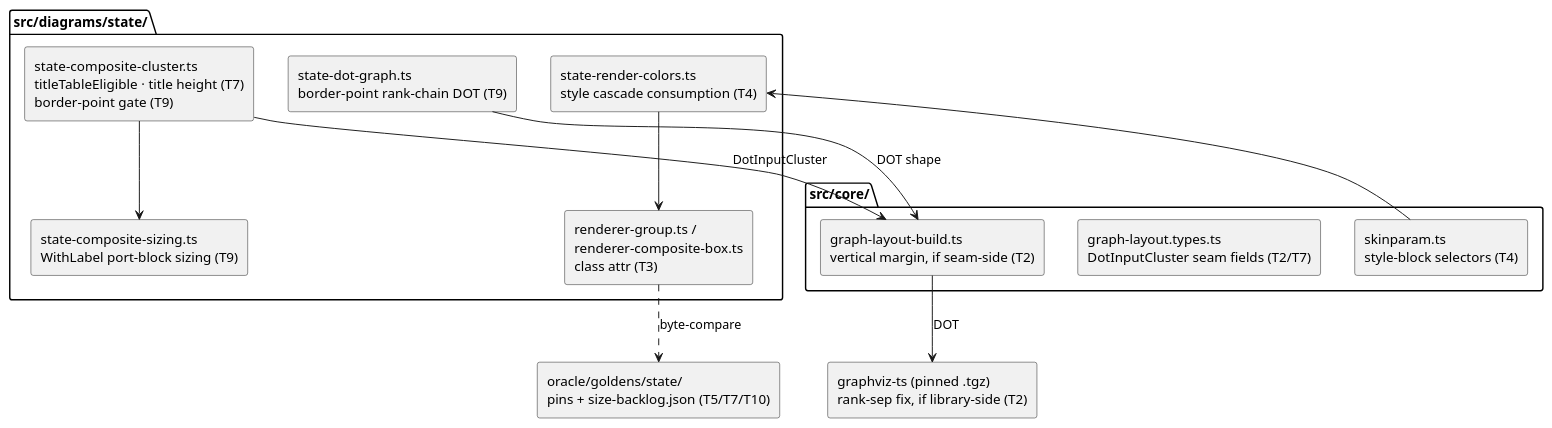
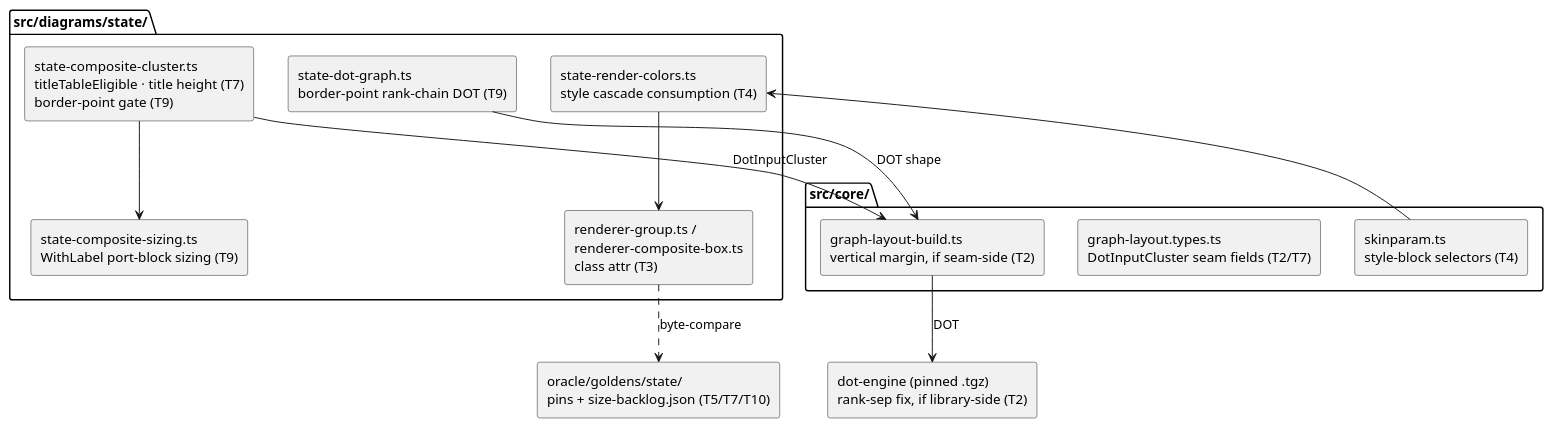
One commit to knowvah/plantuml-ts changed the diagram in plans/g6-cluster-geometry/diagrams/component-map.md. Above: the diagram before and after it, drawn with PlantUML. The commit also changed 111 other files, not shown here.

First line of the commit message:
docs: call the layout engine dot-engine throughout

````diff
--- a/plans/g6-cluster-geometry/diagrams/component-map.md
+++ b/plans/g6-cluster-geometry/diagrams/component-map.md
@@ -3,31 +3,31 @@
 ```plantuml
 @startuml
 skinparam componentStyle rectangle
 skinparam shadowing false
 
 package "src/diagrams/state/" {
   [state-composite-cluster.ts\ntitleTableEligible · title height (T7)\nborder-point gate (T9)] as SCC
   [state-composite-sizing.ts\nWithLabel port-block sizing (T9)] as SCS
   [state-dot-graph.ts\nborder-point rank-chain DOT (T9)] as SDG
   [renderer-group.ts /\nrenderer-composite-box.ts\nclass attr (T3)] as RG
   [state-render-colors.ts\nstyle cascade consumption (T4)] as SRC
 }
 
 package "src/core/" {
   [graph-layout-build.ts\nvertical margin, if seam-side (T2)] as GLB
   [graph-layout.types.ts\nDotInputCluster seam fields (T2/T7)] as GLT
   [skinparam.ts\nstyle-block selectors (T4)] as SKP
 }
 
-[graphviz-ts (pinned .tgz)\nrank-sep fix, if library-side (T2)] as GVTS
+[dot-engine (pinned .tgz)\nrank-sep fix, if library-side (T2)] as GVTS
 [oracle/goldens/state/\npins + size-backlog.json (T5/T7/T10)] as ORACLE
 
 SCC --> GLB : DotInputCluster
 GLB --> GVTS : DOT
 SDG --> GLB : DOT shape
 SKP --> SRC
 SRC --> RG
 SCC --> SCS
 RG ..> ORACLE : byte-compare
 @enduml
 ```
````
